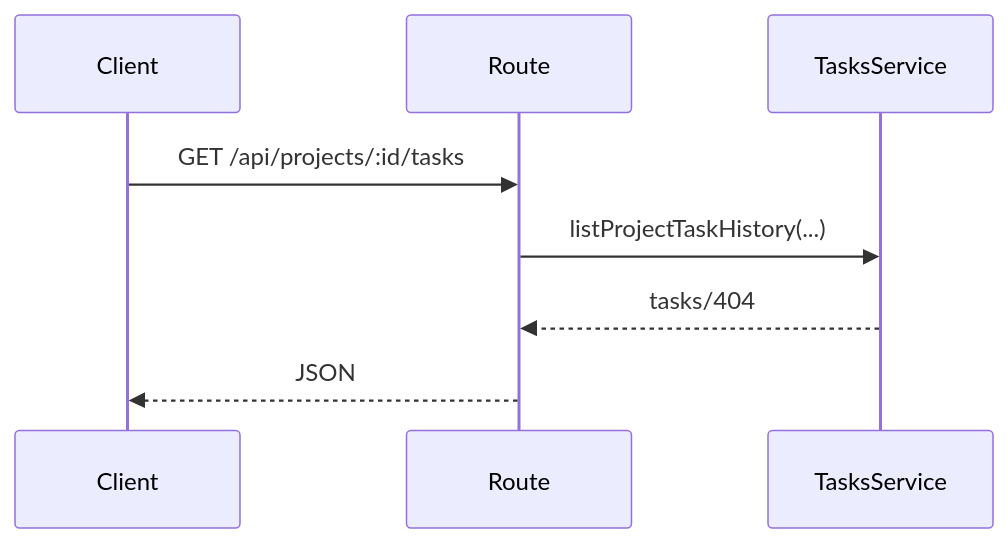
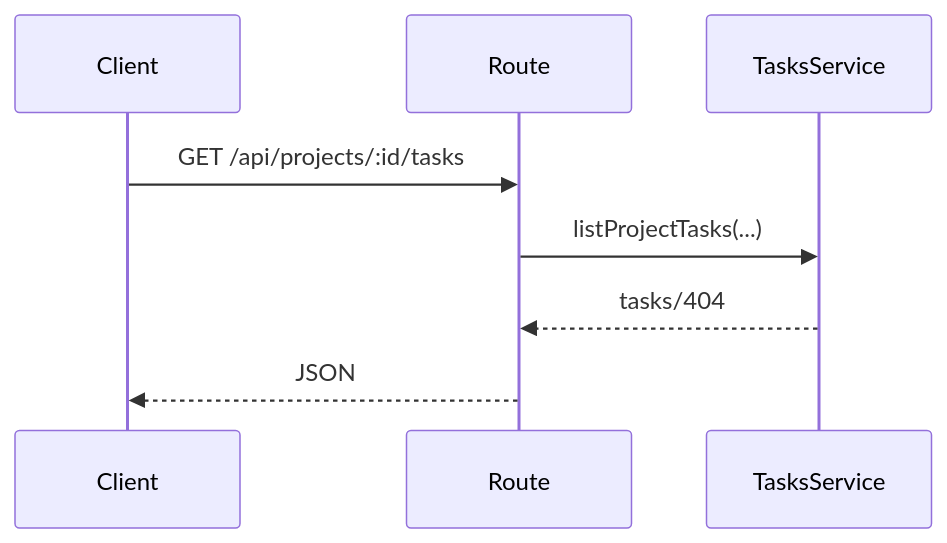
Before and after one commit to TurtleStoffel/tektite-console: the seventh of 8 diagrams in src/backend/domains/tasks/README.md, drawn with Mermaid. The commit also changed other lines of this file and 11 other files, not shown here.

Commit message:
Rename Task History to Task

````diff
--- a/src/backend/domains/tasks/README.md
+++ b/src/backend/domains/tasks/README.md
@@ -82,10 +82,10 @@
 ```mermaid
 sequenceDiagram
     participant Client
     participant Route
     participant TasksService
     Client->>Route: GET /api/projects/:id/tasks
-    Route->>TasksService: listProjectTaskHistory(...)
+    Route->>TasksService: listProjectTasks(...)
     TasksService-->>Route: tasks/404
     Route-->>Client: JSON
 ```
````
